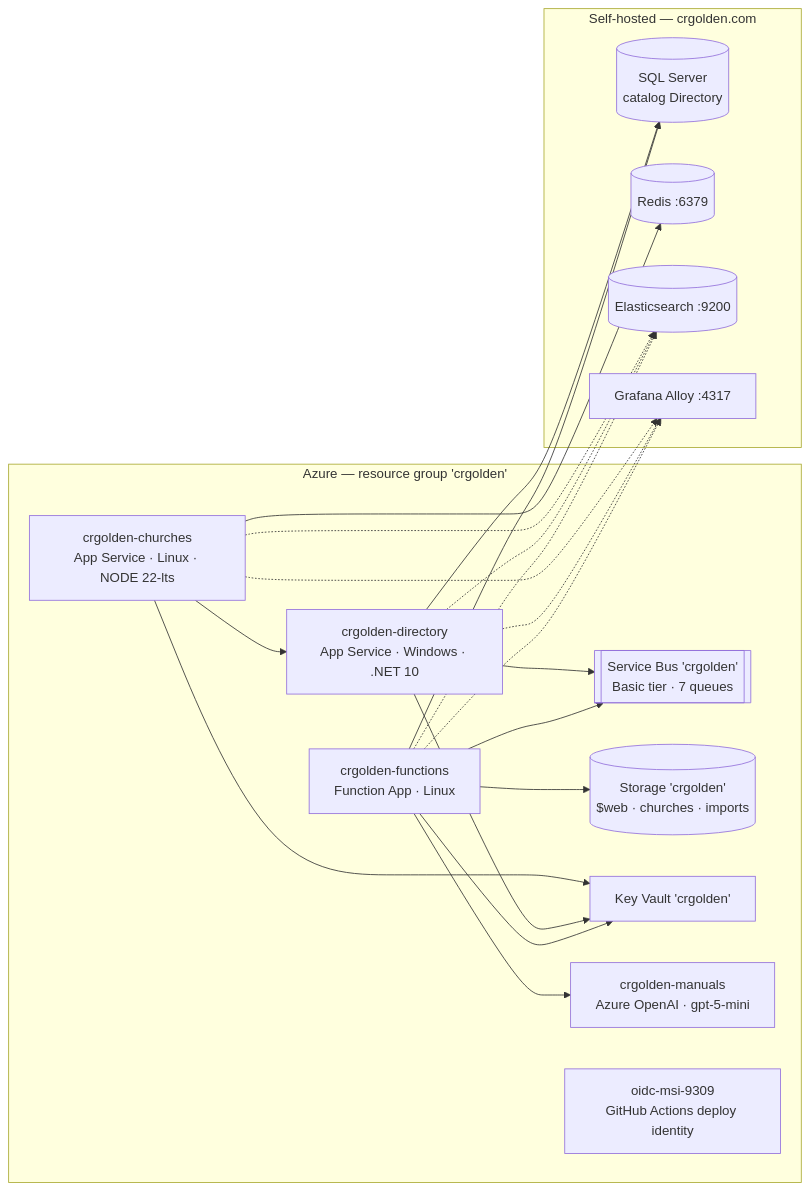
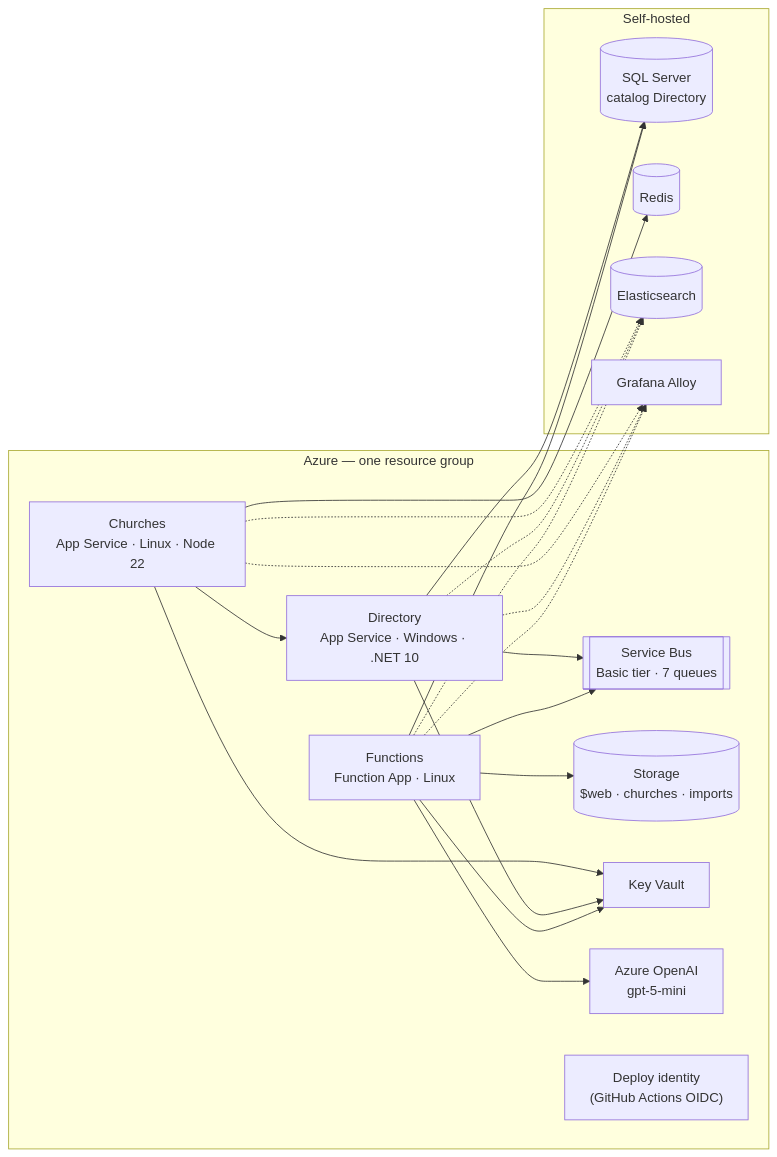
The eighth of 8 diagrams in ARCHITECTURE.md (crgolden/Churches), drawn with Mermaid before and after one commit. The commit also changed other lines of this file and 1 other file, not shown here.

Commit message:
Remove infrastructure values and tighten prose in ARCHITECTURE.md/README

````diff
--- a/ARCHITECTURE.md
+++ b/ARCHITECTURE.md
@@ -416,36 +439,36 @@
 ```mermaid
 graph LR
-    subgraph Azure["Azure — resource group 'crgolden'"]
-        CH["crgolden-churches<br/>App Service · Linux · NODE 22-lts"]
-        DIR["crgolden-directory<br/>App Service · Windows · .NET 10"]
-        FN["crgolden-functions<br/>Function App · Linux"]
-        SB[["Service Bus 'crgolden'<br/>Basic tier · 7 queues"]]
-        ST[("Storage 'crgolden'<br/>$web · churches · imports")]
-        KV["Key Vault 'crgolden'"]
-        AOAI["crgolden-manuals<br/>Azure OpenAI · gpt-5-mini"]
-        MSI["oidc-msi-9309<br/>GitHub Actions deploy identity"]
+    subgraph Azure["Azure — one resource group"]
+        CH["Churches<br/>App Service · Linux · Node 22"]
+        DIR["Directory<br/>App Service · Windows · .NET 10"]
+        FN["Functions<br/>Function App · Linux"]
+        SB[["Service Bus<br/>Basic tier · 7 queues"]]
+        ST[("Storage<br/>$web · churches · imports")]
+        KV["Key Vault"]
+        AOAI["Azure OpenAI<br/>gpt-5-mini"]
+        MSI["Deploy identity<br/>(GitHub Actions OIDC)"]
     end
-    subgraph SelfHosted["Self-hosted — crgolden.com"]
+    subgraph SelfHosted["Self-hosted"]
         SQL[("SQL Server<br/>catalog Directory")]
-        RED[("Redis :6379")]
-        ES[("Elasticsearch :9200")]
-        AL["Grafana Alloy :4317"]
+        RED[("Redis")]
+        ES[("Elasticsearch")]
+        AL["Grafana Alloy"]
     end
     CH --> KV
     CH --> RED
     CH --> DIR
     DIR --> SQL
     DIR --> SB
     DIR --> KV
     FN --> SB
     FN --> ST
     FN --> SQL
     FN --> KV
     FN --> AOAI
     CH -.-> AL
     CH -.-> ES
     DIR -.-> AL
     DIR -.-> ES
     FN -.-> AL
     FN -.-> ES
 ```
````
